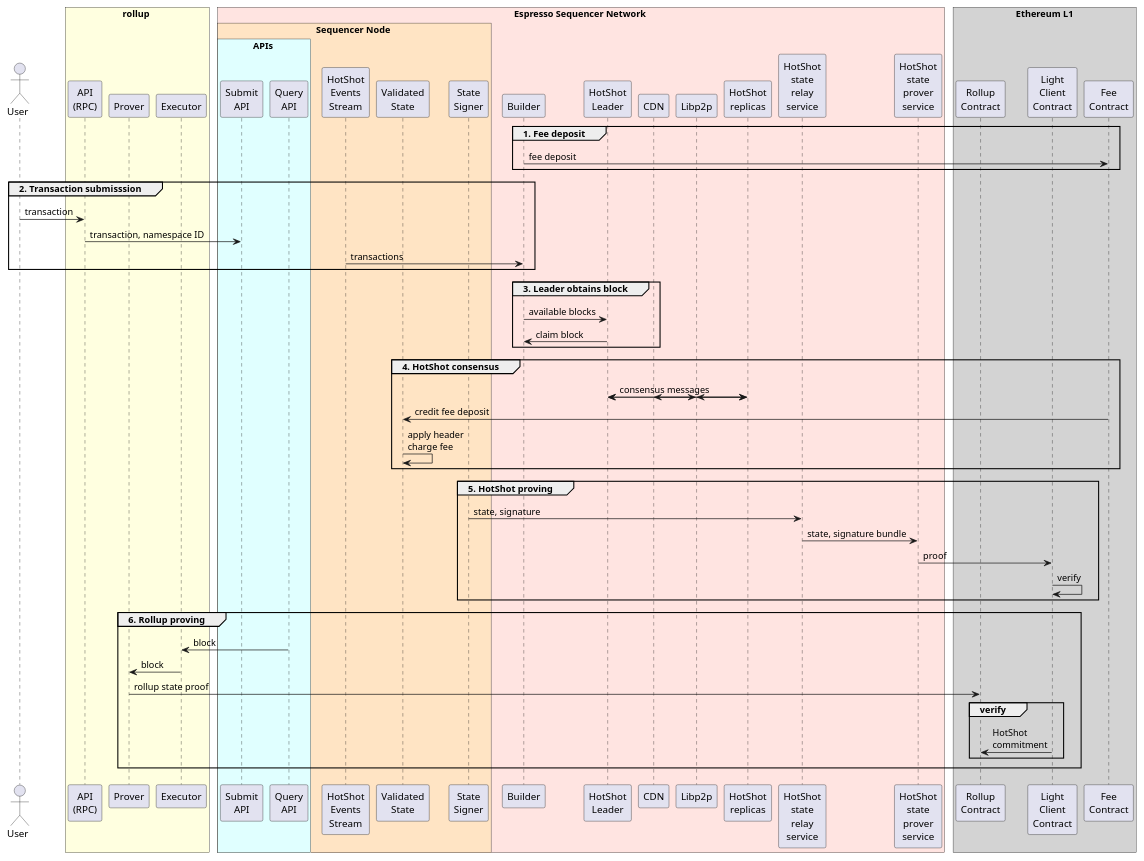
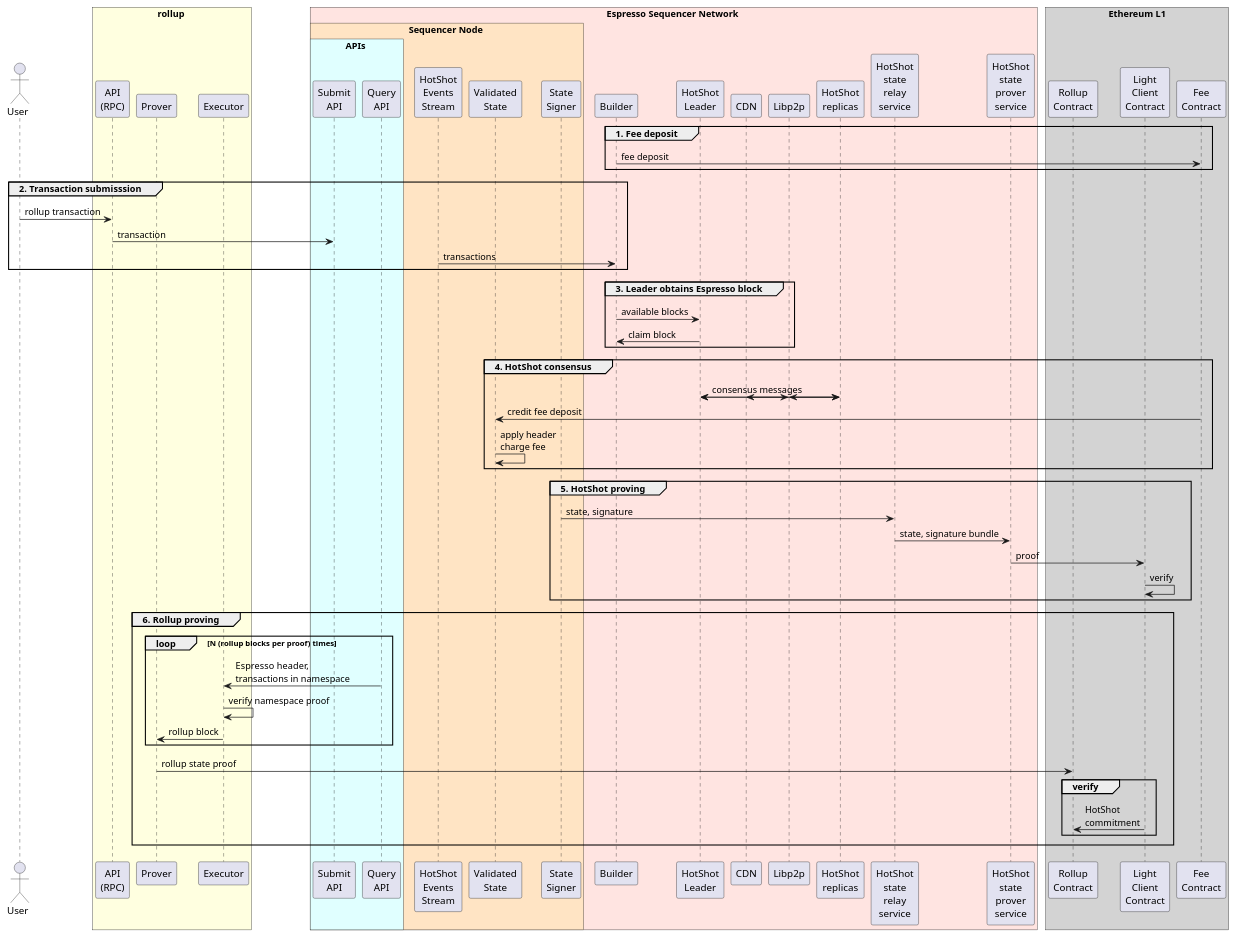
One commit to EspressoSystems/espresso-sequencer changed the diagram in doc/sequence-diagram.puml. Above: the diagram before and after it, drawn with PlantUML. The commit also changed 4 other files, not shown here.

```diff
--- a/doc/sequence-diagram.puml
+++ b/doc/sequence-diagram.puml
@@ -1,77 +1,80 @@
 @startuml
 !pragma teoz true
 actor User
 
 box rollup #LightYellow
     participant "API\n(RPC)" as rpc
     participant "Prover" as rprover
     participant "Executor" as executor
 end box
 
 box Espresso Sequencer Network #MistyRose
     box Sequencer Node #Bisque
         box APIs #LightCyan
             participant "Submit\nAPI" as submit
             participant "Query\nAPI" as query
         end box
         participant "HotShot\nEvents\nStream" as events
         participant "Validated\nState" as ValidatedState
         participant "State\nSigner" as signer
     end box
 
     participant Builder
     participant "HotShot\nLeader" as leader
     participant CDN
     participant Libp2p
     participant "HotShot\nreplicas" as replicas
     participant "HotShot\nstate\nrelay\nservice" as relay
     participant "HotShot\nstate\nprover\nservice" as prover
 end box
 
 box "Ethereum L1" #LightGrey
     participant "Rollup\nContract" as RC
     participant "Light\nClient\nContract" as LC
     participant "Fee\nContract" as fee
 end box
 
 group 1. Fee deposit
     Builder -> fee: fee deposit
 end group
 
 group 2. Transaction submisssion
-    User -> rpc: transaction
-    rpc -> submit: transaction, namespace ID
+    User -> rpc: rollup transaction
+    rpc -> submit: transaction
     events -> Builder: transactions
 end group
 
-group 3. Leader obtains block
+group 3. Leader obtains Espresso block
     Builder -> leader: available blocks
     leader -> Builder: claim block
 end group
 
 group 4. HotShot consensus
     leader <-> replicas: consensus messages
     & leader <-> Libp2p:
     & Libp2p <-> replicas:
     & replicas -> CDN:
     fee -> ValidatedState: credit fee deposit
     ValidatedState -> ValidatedState: apply header\ncharge fee
 end group
 
 group 5. HotShot proving
     signer -> relay: state, signature
     relay -> prover: state, signature bundle
     prover -> "Light\nClient\nContract" as LC: proof
     LC -> LC: verify
 end group
 
 group 6. Rollup proving
-    query -> executor: block
-    executor -> rprover: block
+    loop N (rollup blocks per proof) times
+    query -> executor: Espresso header,\ntransactions in namespace
+    executor -> executor: verify namespace proof
+    executor -> rprover: rollup block
+                           end
     rprover -> RC: rollup state proof
 
     group verify
         LC -> "Rollup\nContract" as RC: HotShot\ncommitment
     end group
 end group
 @enduml
```
